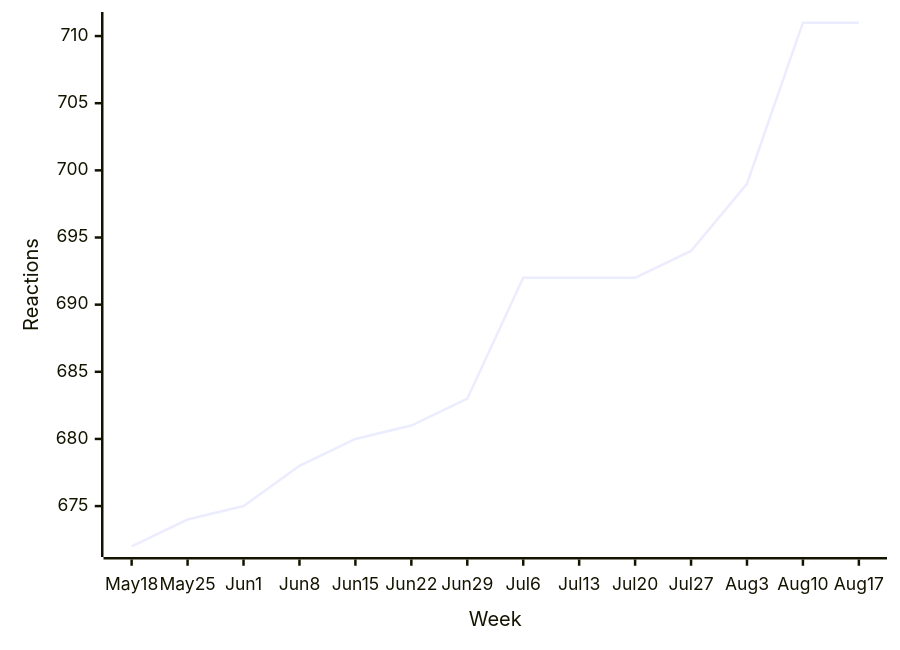
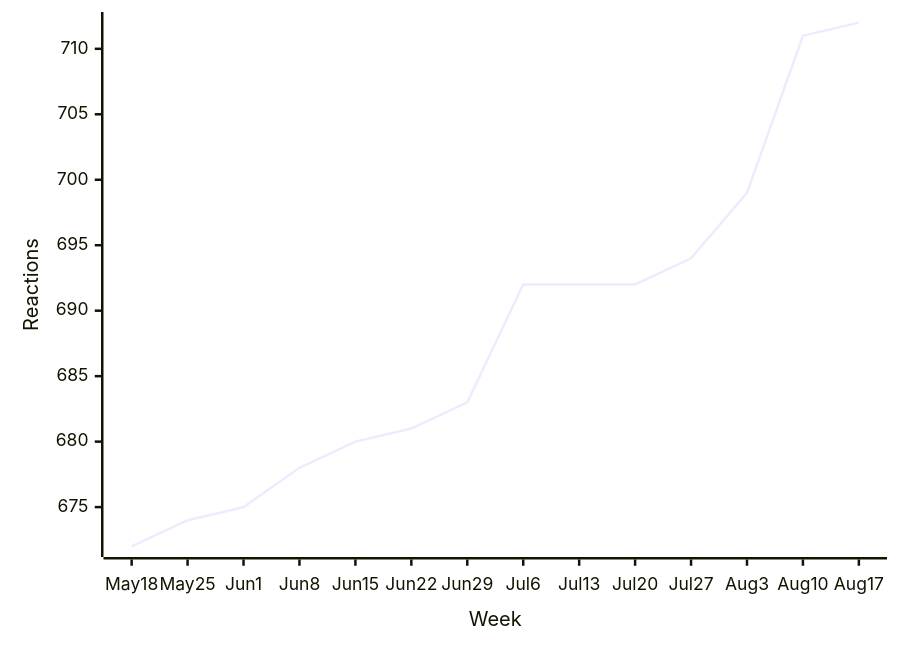
Before and after one commit to loic-sharma/github-insights: the third of 43 diagrams in README.md, drawn with Mermaid. The commit also changed other lines of this file and 1 other file, not shown here.

````diff
--- a/README.md
+++ b/README.md
@@ -358,6 +358,6 @@
   ```mermaid
   xychart-beta
     x-axis "Week" [May 18, May 25, Jun 1, Jun 8, Jun 15, Jun 22, Jun 29, Jul 6, Jul 13, Jul 20, Jul 27, Aug 3, Aug 10, Aug 17]
     y-axis "Reactions"
-    line [672, 674, 675, 678, 680, 681, 683, 692, 692, 692, 694, 699, 711, 711]
+    line [672, 674, 675, 678, 680, 681, 683, 692, 692, 692, 694, 699, 711, 712]
   ```
````
